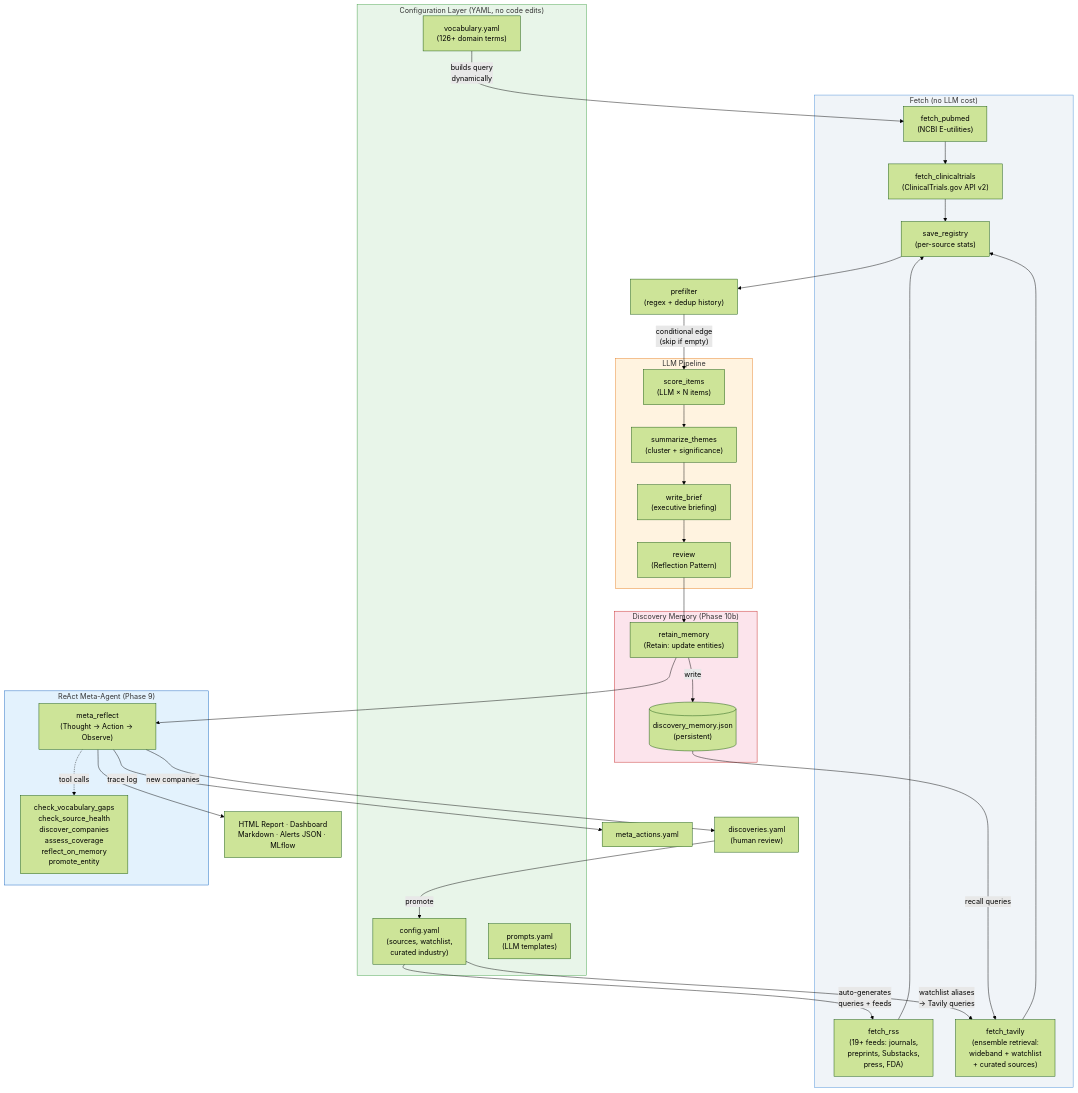
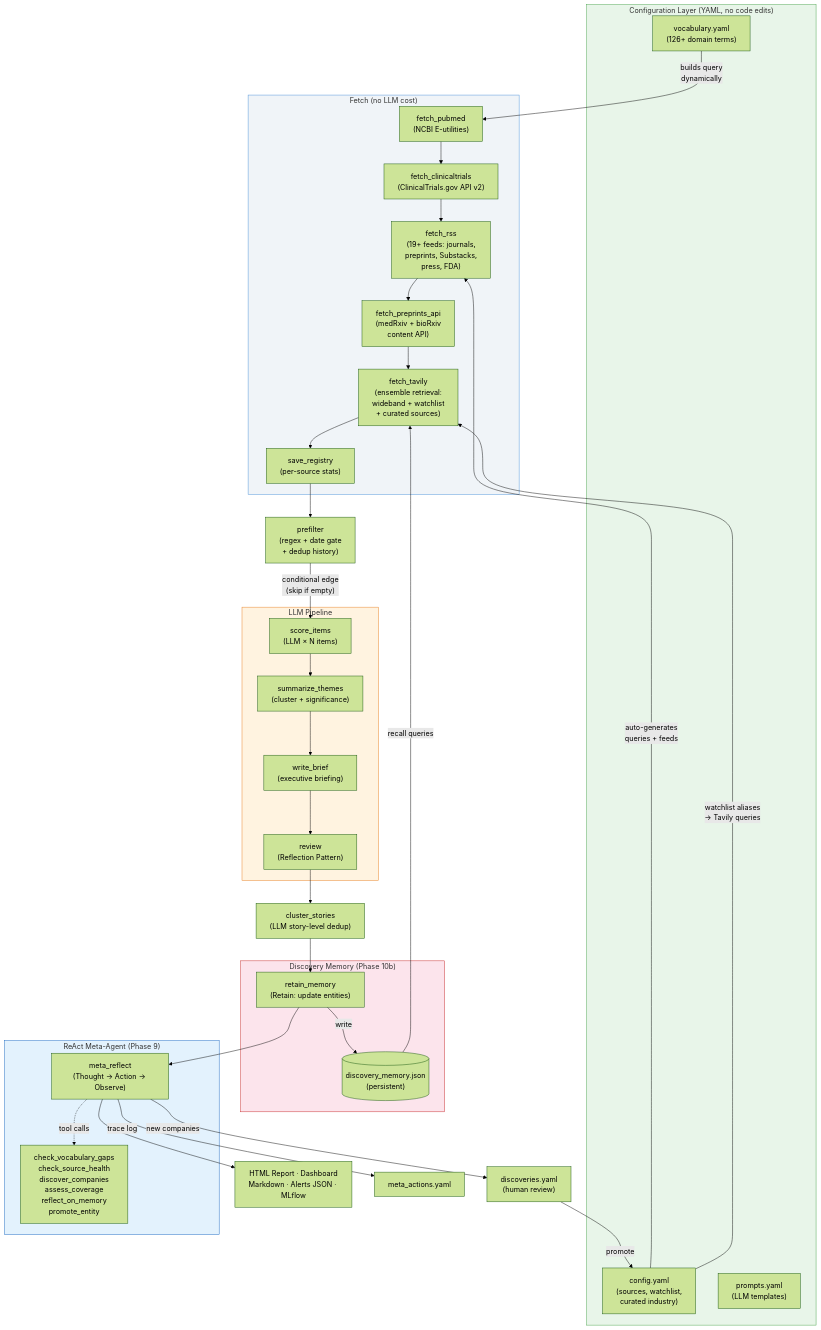
Before and after one commit to kgrajski/neurotech_newshound: the first of 2 diagrams in README.md, drawn with Mermaid (forest theme). The commit also changed other lines of this file and 13 other files, not shown here.

First line of the commit message:
Phases 11-13: date gate, story clustering, academic coverage

````diff
--- a/README.md
+++ b/README.md
@@ -62,56 +65,59 @@
 ```mermaid
 flowchart TD
     subgraph config ["Configuration Layer (YAML, no code edits)"]
         V["vocabulary.yaml<br>(126+ domain terms)"]
         W["config.yaml<br>(sources, watchlist,<br>curated industry)"]
         P["prompts.yaml<br>(LLM templates)"]
     end
 
     V -->|"builds query<br>dynamically"| A
     W -->|"auto-generates<br>queries + feeds"| B
     W -->|"watchlist aliases<br>→ Tavily queries"| C
 
     subgraph fetch ["Fetch (no LLM cost)"]
         A["fetch_pubmed<br>(NCBI E-utilities)"] --> CT["fetch_clinicaltrials<br>(ClinicalTrials.gov API v2)"]
-        CT --> D["save_registry<br>(per-source stats)"]
-        B["fetch_rss<br>(19+ feeds: journals,<br>preprints, Substacks,<br>press, FDA)"] --> D
-        C["fetch_tavily<br>(ensemble retrieval:<br>wideband + watchlist<br>+ curated sources)"] --> D
+        CT --> B["fetch_rss<br>(19+ feeds: journals,<br>preprints, Substacks,<br>press, FDA)"]
+        B --> PP["fetch_preprints_api<br>(medRxiv + bioRxiv<br>content API)"]
+        PP --> C["fetch_tavily<br>(ensemble retrieval:<br>wideband + watchlist<br>+ curated sources)"]
+        C --> D["save_registry<br>(per-source stats)"]
     end
 
-    D --> E["prefilter<br>(regex + dedup history)"]
+    D --> E["prefilter<br>(regex + date gate<br>+ dedup history)"]
 
     E -->|"conditional edge<br>(skip if empty)"| F
 
     subgraph llm ["LLM Pipeline"]
         F["score_items<br>(LLM × N items)"] --> G["summarize_themes<br>(cluster + significance)"]
         G --> H["write_brief<br>(executive briefing)"]
         H --> I["review<br>(Reflection Pattern)"]
     end
 
-    I --> RM
+    I --> CL["cluster_stories<br>(LLM story-level dedup)"]
+
+    CL --> RM
 
     subgraph memory ["Discovery Memory (Phase 10b)"]
         RM["retain_memory<br>(Retain: update entities)"]
         DM[("discovery_memory.json<br>(persistent)")]
         RM -->|"write"| DM
         DM -->|"recall queries"| C
     end
 
     RM --> M
 
     subgraph react ["ReAct Meta-Agent (Phase 9)"]
         M["meta_reflect<br>(Thought → Action → Observe)"]
         M -.->|"tool calls"| MT["check_vocabulary_gaps<br>check_source_health<br>discover_companies<br>assess_coverage<br>reflect_on_memory<br>promote_entity"]
     end
 
     M --> J["HTML Report · Dashboard<br>Markdown · Alerts JSON · MLflow"]
     M -->|"new companies"| K["discoveries.yaml<br>(human review)"]
     M -->|"trace log"| MA["meta_actions.yaml"]
     K -->|"promote"| W
 
     style config fill:#e8f5e9,stroke:#43a047
     style fetch fill:#f0f4f8,stroke:#4a90d9
     style llm fill:#fff3e0,stroke:#e67e22
     style memory fill:#fce4ec,stroke:#c62828
     style react fill:#e3f2fd,stroke:#1565c0
 ```
````
